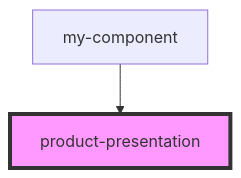
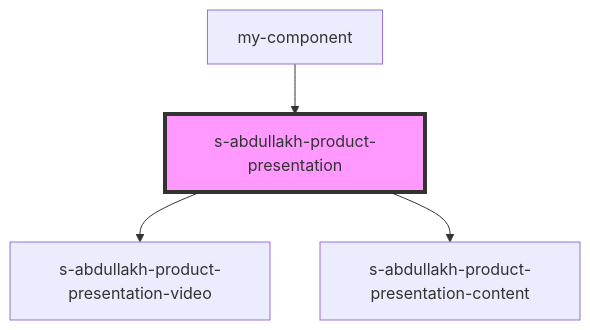
One commit to Wokh-Dada/companycards changed the diagram in src/components/res/view/s-abdullakh-product-presentation/readme.md. Above: the diagram before and after it, drawn with Mermaid. The commit also changed other lines of this file and 28 other files, not shown here.

````diff
--- a/src/components/res/view/s-abdullakh-product-presentation/readme.md
+++ b/src/components/res/view/s-abdullakh-product-presentation/readme.md
@@ -15,5 +34,7 @@
 ```mermaid
 graph TD;
-  my-component --> product-presentation
-  style product-presentation fill:#f9f,stroke:#333,stroke-width:4px
+  s-abdullakh-product-presentation --> s-abdullakh-product-presentation-video
+  s-abdullakh-product-presentation --> s-abdullakh-product-presentation-content
+  my-component --> s-abdullakh-product-presentation
+  style s-abdullakh-product-presentation fill:#f9f,stroke:#333,stroke-width:4px
 ```
````
